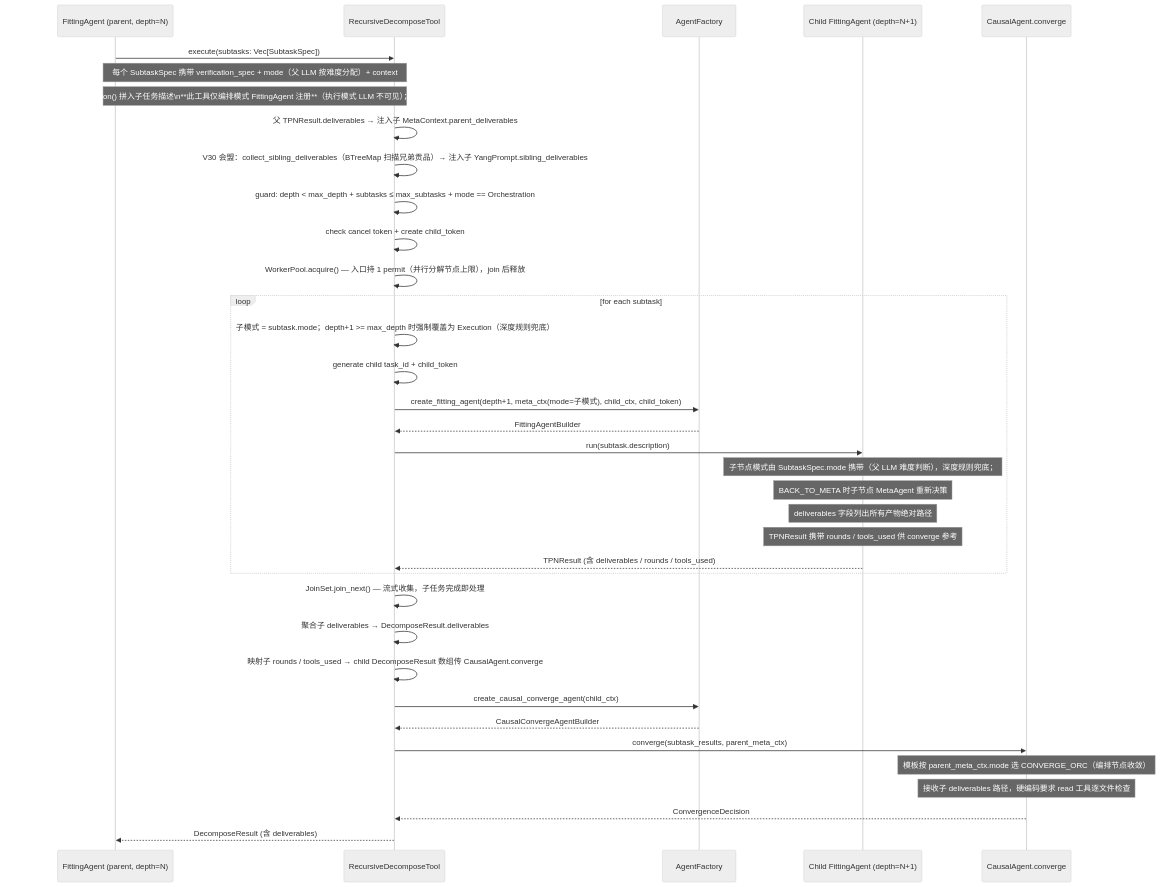
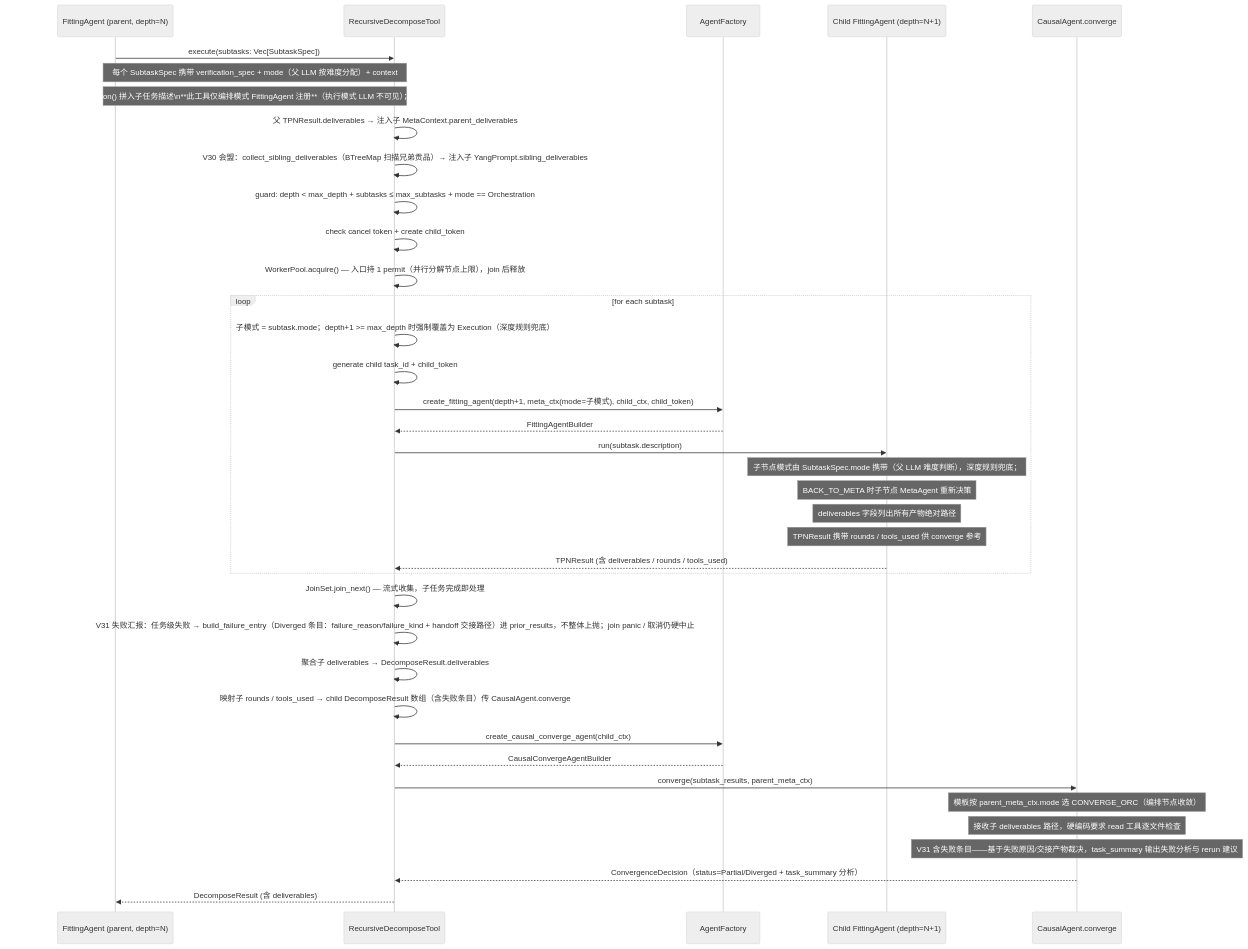
One commit to wenge6090-tech/taiji changed the fourth of 6 diagrams in BCP-蓝图-完型协议.md. Above: the diagram before and after it, drawn with Mermaid (neutral theme). The commit also changed other lines of this file and 8 other files, not shown here.

````diff
--- a/BCP-蓝图-完型协议.md
+++ b/BCP-蓝图-完型协议.md
@@ -612,42 +614,44 @@
 ```mermaid
 sequenceDiagram
     participant FA as FittingAgent (parent, depth=N)
     participant RDT as RecursiveDecomposeTool
     participant AF as AgentFactory
     participant CFA as Child FittingAgent (depth=N+1)
     participant CCA as CausalAgent.converge
 
     FA->>RDT: execute(subtasks: Vec[SubtaskSpec])
     Note over FA, RDT: 每个 SubtaskSpec 携带 verification_spec + mode（父 LLM 按难度分配）+ context
     Note over FA, RDT: 由 assemble_child_description() 拼入子任务描述\n**此工具仅编排模式 FittingAgent 注册**（执行模式 LLM 不可见）；工具内部 mode guard 兜底
     RDT->>RDT: 父 TPNResult.deliverables → 注入子 MetaContext.parent_deliverables
     RDT->>RDT: V30 会盟：collect_sibling_deliverables（BTreeMap 扫描兄弟贡品）→ 注入子 YangPrompt.sibling_deliverables
 
     RDT->>RDT: guard: depth < max_depth + subtasks ≤ max_subtasks + mode == Orchestration
     RDT->>RDT: check cancel token + create child_token
     RDT->>RDT: WorkerPool.acquire() — 入口持 1 permit（并行分解节点上限），join 后释放
 
     loop for each subtask
         RDT->>RDT: 子模式 = subtask.mode；depth+1 >= max_depth 时强制覆盖为 Execution（深度规则兜底）
         RDT->>RDT: generate child task_id + child_token
         RDT->>AF: create_fitting_agent(depth+1, meta_ctx(mode=子模式), child_ctx, child_token)
         AF-->>RDT: FittingAgentBuilder
         RDT->>CFA: run(subtask.description)
         Note over CFA: 子节点模式由 SubtaskSpec.mode 携带（父 LLM 难度判断），深度规则兜底；
         Note over CFA: BACK_TO_META 时子节点 MetaAgent 重新决策
         Note over CFA: deliverables 字段列出所有产物绝对路径
         Note over CFA: TPNResult 携带 rounds / tools_used 供 converge 参考
         CFA-->>RDT: TPNResult (含 deliverables / rounds / tools_used)
     end
 
     RDT->>RDT: JoinSet.join_next() — 流式收集，子任务完成即处理
+    RDT->>RDT: V31 失败汇报：任务级失败 → build_failure_entry（Diverged 条目：failure_reason/failure_kind + handoff 交接路径）进 prior_results，不整体上抛；join panic / 取消仍硬中止
     RDT->>RDT: 聚合子 deliverables → DecomposeResult.deliverables
-    RDT->>RDT: 映射子 rounds / tools_used → child DecomposeResult 数组传 CausalAgent.converge
+    RDT->>RDT: 映射子 rounds / tools_used → child DecomposeResult 数组（含失败条目）传 CausalAgent.converge
     RDT->>AF: create_causal_converge_agent(child_ctx)
     AF-->>RDT: CausalConvergeAgentBuilder
     RDT->>CCA: converge(subtask_results, parent_meta_ctx)
     Note over CCA: 模板按 parent_meta_ctx.mode 选 CONVERGE_ORC（编排节点收敛）
     Note over CCA: 接收子 deliverables 路径，硬编码要求 read 工具逐文件检查
-    CCA-->>RDT: ConvergenceDecision
+    Note over CCA: V31 含失败条目——基于失败原因/交接产物裁决，task_summary 输出失败分析与 rerun 建议
+    CCA-->>RDT: ConvergenceDecision（status=Partial/Diverged + task_summary 分析）
     RDT-->>FA: DecomposeResult (含 deliverables)
 ```
````
